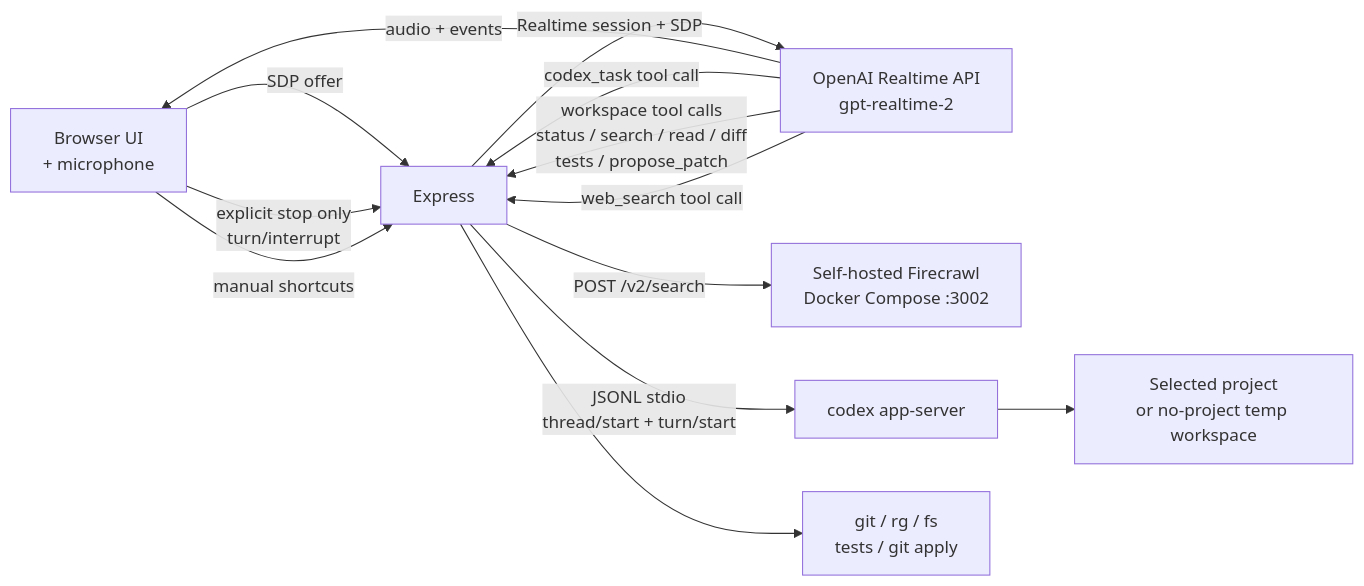
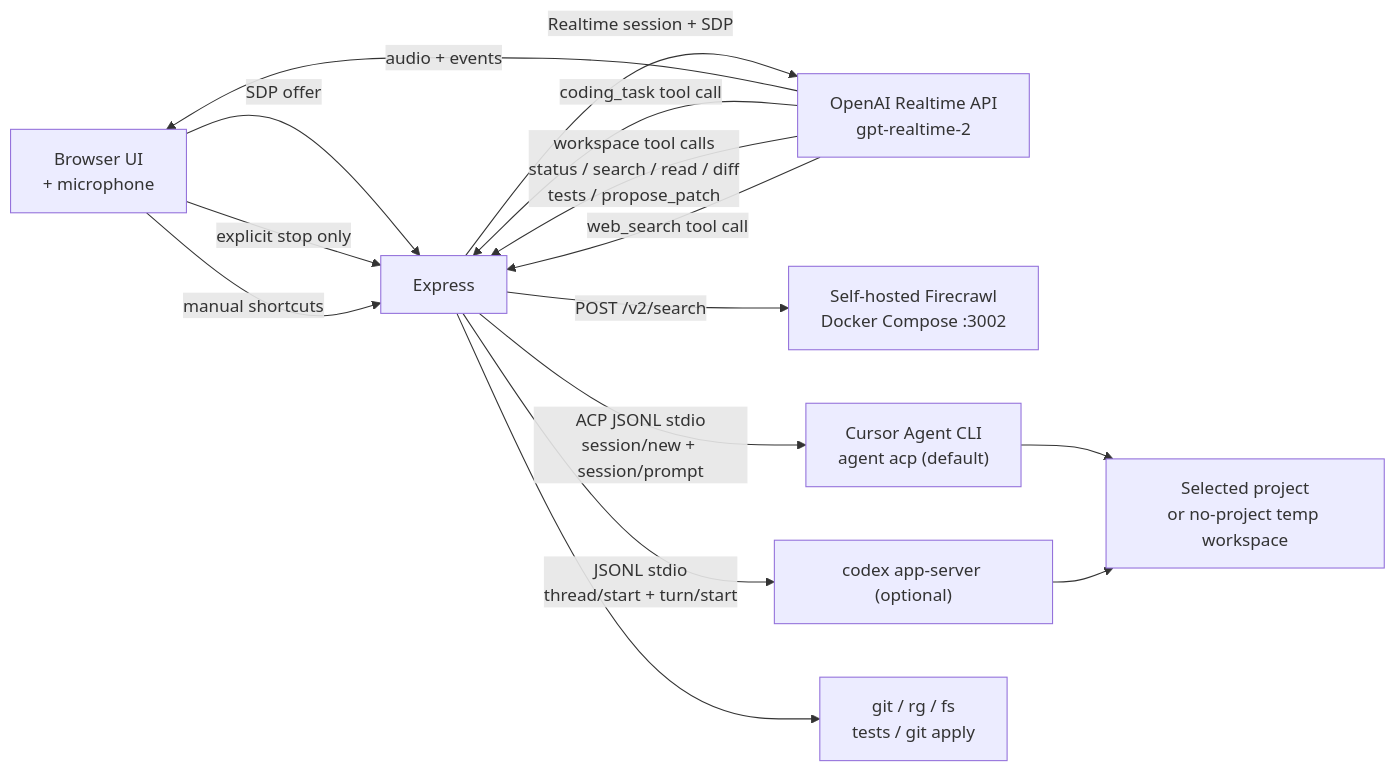
One commit to ethannjw/voice-assistant changed the diagram in README.md. Above: the diagram before and after it, drawn with Mermaid. The commit also changed other lines of this file and 42 other files, not shown here.

Commit message:
feat: add Cursor coding agent runtime

````diff
--- a/README.md
+++ b/README.md
@@ -645,15 +677,17 @@
 ```mermaid
 flowchart LR
   Browser["Browser UI<br/>+ microphone"] -->|SDP offer| Server["Express"]
   Server -->|Realtime session + SDP| Realtime["OpenAI Realtime API<br/>gpt-realtime-2"]
   Realtime -->|audio + events| Browser
-  Realtime -->|codex_task tool call| Server
+  Realtime -->|coding_task tool call| Server
   Realtime -->|workspace tool calls<br/>status / search / read / diff<br/>tests / propose_patch| Server
   Realtime -->|web_search tool call| Server
   Server -->|POST /v2/search| Firecrawl["Self-hosted Firecrawl<br/>Docker Compose :3002"]
-  Server -->|JSONL stdio<br/>thread/start + turn/start| Codex["codex app-server"]
-  Browser -->|explicit stop only<br/>turn/interrupt| Server
-  Codex --> Workspace["Selected project<br/>or no-project temp workspace"]
+  Server -->|ACP JSONL stdio<br/>session/new + session/prompt| Cursor["Cursor Agent CLI<br/>agent acp (default)"]
+  Server -->|JSONL stdio<br/>thread/start + turn/start| Codex["codex app-server (optional)"]
+  Browser -->|explicit stop only| Server
+  Cursor --> Workspace["Selected project<br/>or no-project temp workspace"]
+  Codex --> Workspace
   Browser -->|manual shortcuts| Server
   Server --> Tools["git / rg / fs<br/>tests / git apply"]
 ```
````
